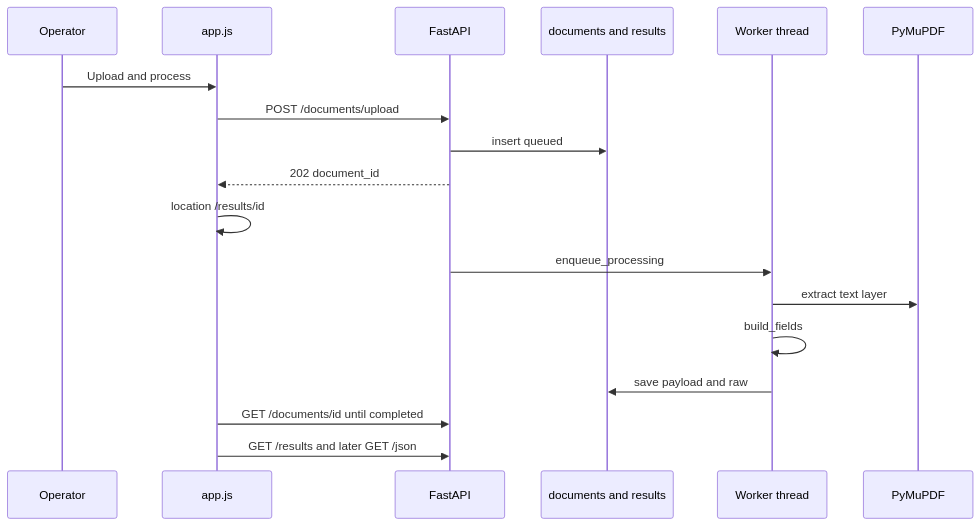
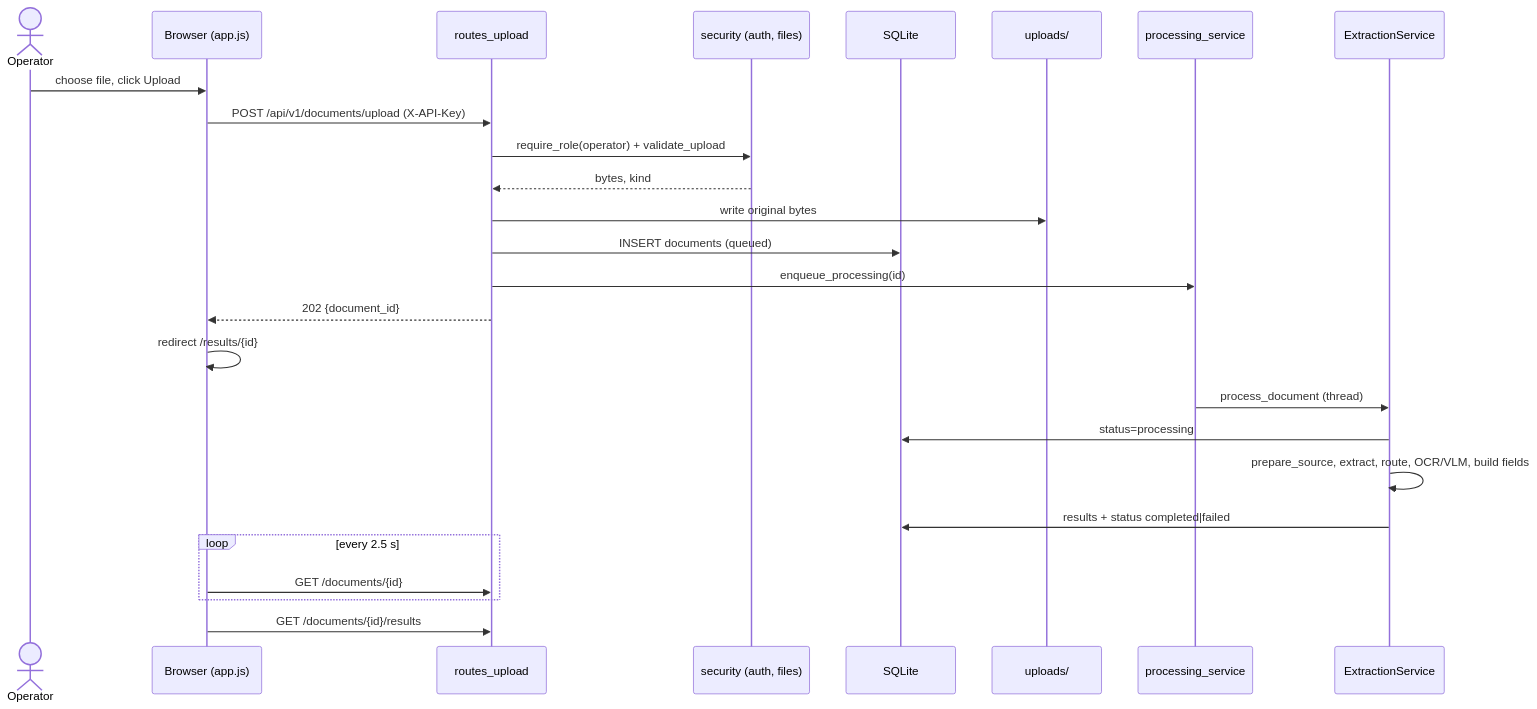
One commit to BCSS-Nandeep/CHARGE_SHEET_OCR changed the second of 4 diagrams in CHARGE_SHEET_OCR-application-analysis.md. Above: the diagram before and after it, drawn with Mermaid. The commit also changed other lines of this file, not shown here.

````diff
--- a/CHARGE_SHEET_OCR-application-analysis.md
+++ b/CHARGE_SHEET_OCR-application-analysis.md
@@ -607,21 +370,28 @@
 ```mermaid
 sequenceDiagram
-    participant U as Operator
-    participant UI as app.js
-    participant API as FastAPI
-    participant DB as documents and results
-    participant W as Worker thread
-    participant PDF as PyMuPDF
-
-    U->>UI: Upload and process
-    UI->>API: POST /documents/upload
-    API->>DB: insert queued
-    API-->>UI: 202 document_id
-    UI->>UI: location /results/id
-    API->>W: enqueue_processing
-    W->>PDF: extract text layer
-    W->>W: build_fields
-    W->>DB: save payload and raw
-    UI->>API: GET /documents/id until completed
-    UI->>API: GET /results and later GET /json
+    actor U as Operator
+    participant B as Browser (app.js)
+    participant R as routes_upload
+    participant S as security (auth, files)
+    participant DB as SQLite
+    participant FS as uploads/
+    participant P as processing_service
+    participant E as ExtractionService
+    U->>B: choose file, click Upload
+    B->>R: POST /api/v1/documents/upload (X-API-Key)
+    R->>S: require_role(operator) + validate_upload
+    S-->>R: bytes, kind
+    R->>FS: write original bytes
+    R->>DB: INSERT documents (queued)
+    R->>P: enqueue_processing(id)
+    R-->>B: 202 {document_id}
+    B->>B: redirect /results/{id}
+    P->>E: process_document (thread)
+    E->>DB: status=processing
+    E->>E: prepare_source, extract, route, OCR/VLM, build fields
+    E->>DB: results + status completed|failed
+    loop every 2.5 s
+        B->>R: GET /documents/{id}
+    end
+    B->>R: GET /documents/{id}/results
 ```
````
